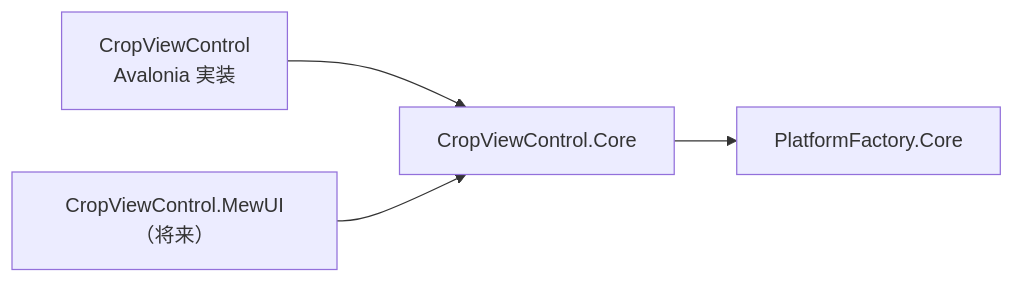
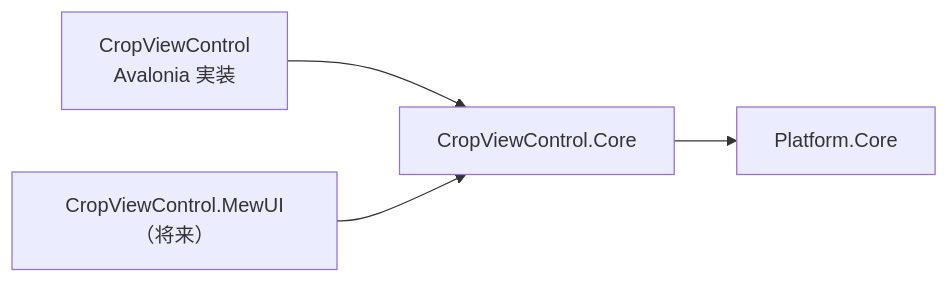
One commit to tomokuni/SaveEvidence changed the first of 2 diagrams in src/CropViewControl.Core/SPEC_System.md. Above: the diagram before and after it, drawn with Mermaid. The commit also changed other lines of this file and 504 other files, not shown here.

````diff
--- a/src/CropViewControl.Core/SPEC_System.md
+++ b/src/CropViewControl.Core/SPEC_System.md
@@ -15,6 +15,6 @@
 ```mermaid
 graph LR
   A[CropViewControl<br/>Avalonia 実装] --> B[CropViewControl.Core]
   C["CropViewControl.MewUI（将来）"] --> B
-  B --> D[PlatformFactory.Core]
+  B --> D[Platform.Core]
 ```
````
